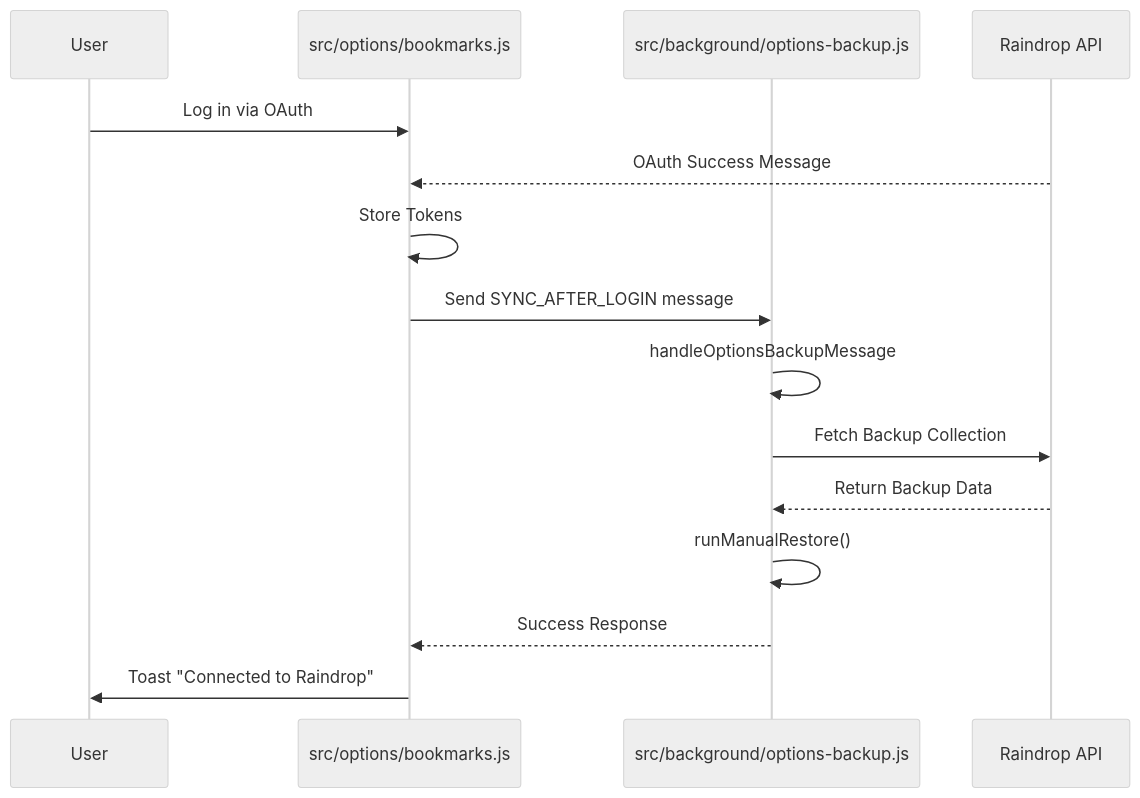
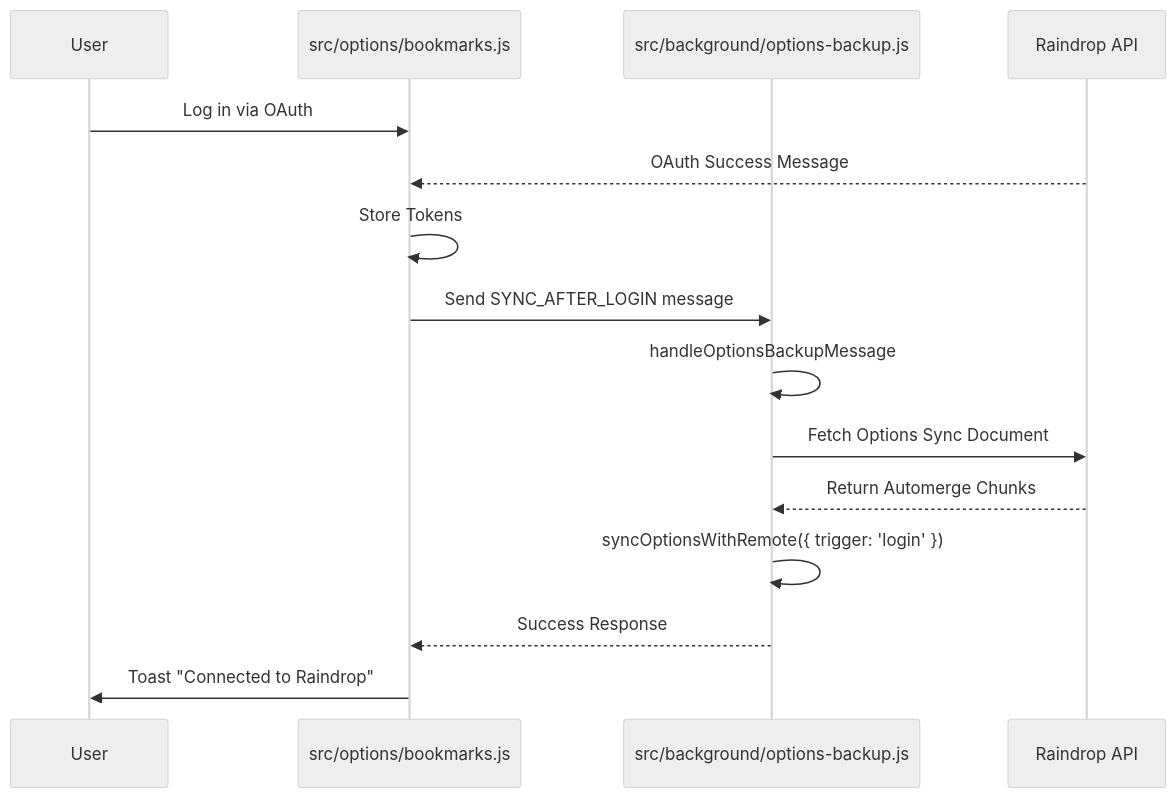
One commit to m0o0scar/nenya changed the diagram in docs/SYNC_AFTER_LOGIN_LIFECYCLE.md. Above: the diagram before and after it, drawn with Mermaid (neutral theme). The commit also changed other lines of this file and 23 other files, not shown here.

Commit message:
Add conflict-free options sync via Raindrop

````diff
--- a/docs/SYNC_AFTER_LOGIN_LIFECYCLE.md
+++ b/docs/SYNC_AFTER_LOGIN_LIFECYCLE.md
@@ -84,18 +84,18 @@
 ```mermaid
 sequenceDiagram
     participant User
     participant OptionsPage as src/options/bookmarks.js
     participant Background as src/background/options-backup.js
     participant Raindrop as Raindrop API
 
     User->>OptionsPage: Log in via OAuth
     Raindrop-->>OptionsPage: OAuth Success Message
     OptionsPage->>OptionsPage: Store Tokens
     OptionsPage->>Background: Send SYNC_AFTER_LOGIN message
     Background->>Background: handleOptionsBackupMessage
-    Background->>Raindrop: Fetch Backup Collection
-    Raindrop-->>Background: Return Backup Data
-    Background->>Background: runManualRestore()
+    Background->>Raindrop: Fetch Options Sync Document
+    Raindrop-->>Background: Return Automerge Chunks
+    Background->>Background: syncOptionsWithRemote({ trigger: 'login' })
     Background-->>OptionsPage: Success Response
     OptionsPage->>User: Toast "Connected to Raindrop"
 ```
````
